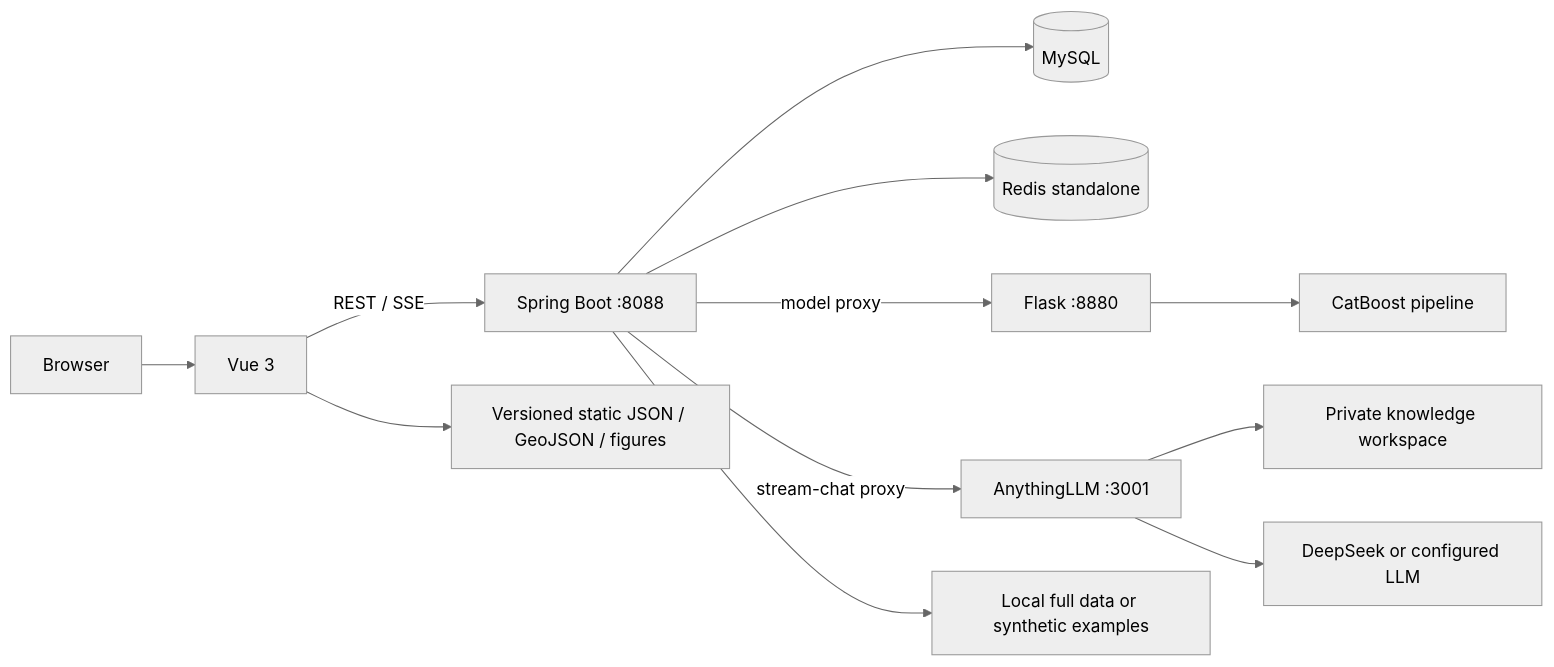
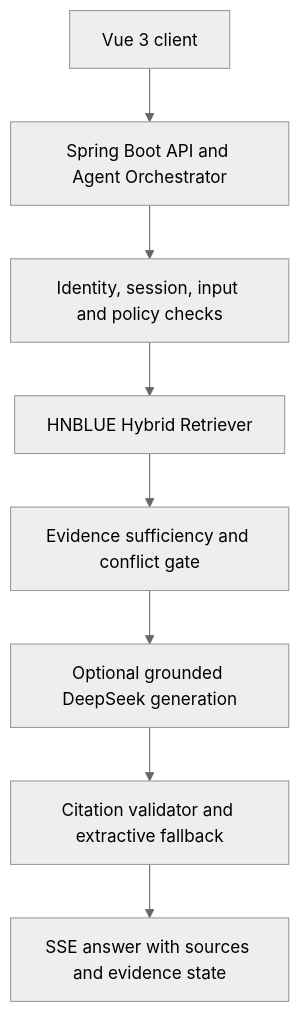
The diagram in README.md (FAIRY123456789/HNBLUE), drawn with Mermaid (neutral theme) before and after one commit. The commit also changed other lines of this file and 268 other files, not shown here.

````diff
--- a/README.md
+++ b/README.md
@@ -24,14 +35,18 @@
 ```mermaid
-flowchart LR
-    U[Browser] --> V[Vue 3]
-    V -->|REST / SSE| B[Spring Boot :8088]
-    B --> M[(MySQL)]
-    B --> R[(Redis standalone)]
-    B -->|model proxy| F[Flask :8880]
-    F --> C[CatBoost pipeline]
-    B -->|stream-chat proxy| A[AnythingLLM :3001]
-    A --> K[Private knowledge workspace]
-    A --> D[DeepSeek or configured LLM]
-    V --> S[Versioned static JSON / GeoJSON / figures]
-    B --> E[Local full data or synthetic examples]
+flowchart TB
+    A[Vue 3 client]
+    B[Spring Boot API and Agent Orchestrator]
+    C[Identity, session, input and policy checks]
+    D[HNBLUE Hybrid Retriever]
+    E[Evidence sufficiency and conflict gate]
+    F[Optional grounded DeepSeek generation]
+    G[Citation validator and extractive fallback]
+    H[SSE answer with sources and evidence state]
+    A --> B
+    B --> C
+    C --> D
+    D --> E
+    E --> F
+    F --> G
+    G --> H
 ```
````
